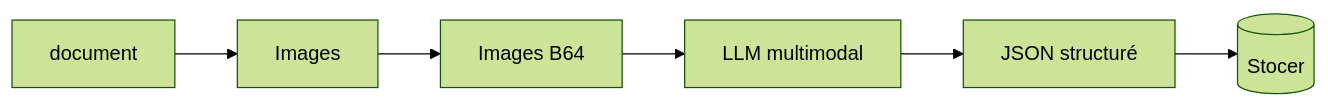
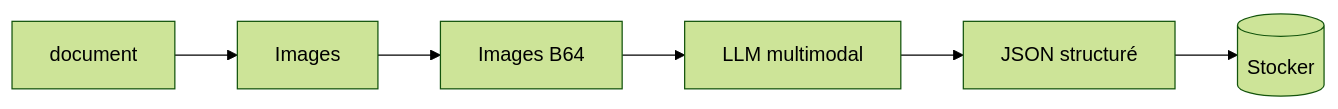
The first of 2 diagrams in docs/posts/llm_extraction_information_document.md (sawallesalfo/blog), drawn with Mermaid (forest theme) before and after one commit. The commit also changed other lines of this file, not shown here.

````diff
--- a/docs/posts/llm_extraction_information_document.md
+++ b/docs/posts/llm_extraction_information_document.md
@@ -42,8 +42,8 @@
 ```mermaid  
 graph LR;  
     A["document"] --> B[Images]  
     B --> C[Images B64]  
     C -->D[LLM multimodal]  
     D --> E[JSON structuré]  
-    E --> F[(Stocer)]  
+    E --> F[(Stocker)]  
 ```
````
